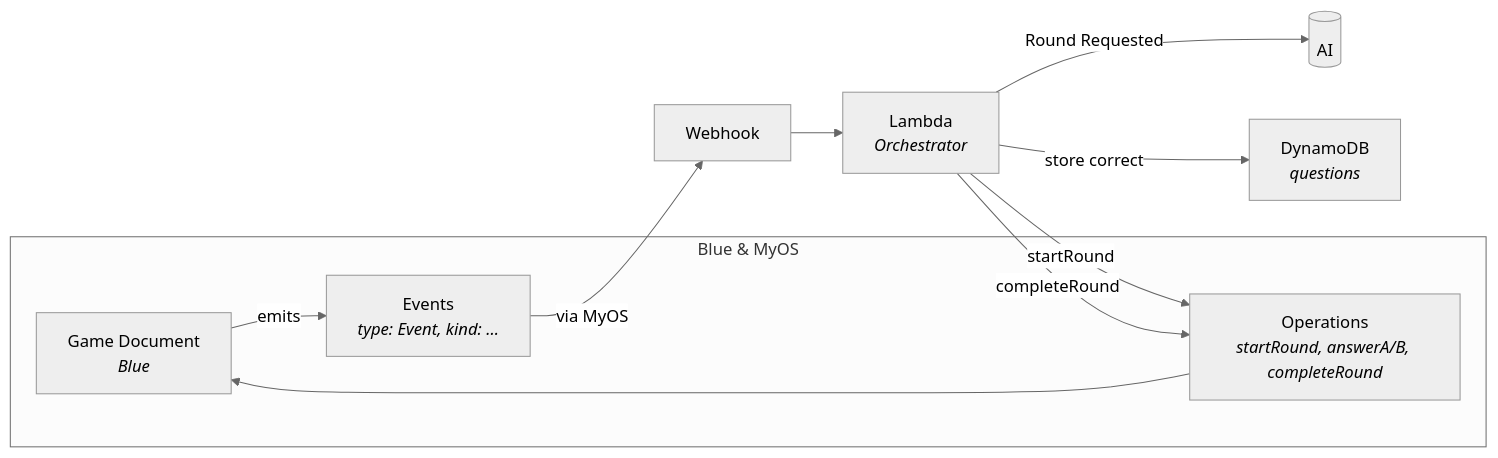
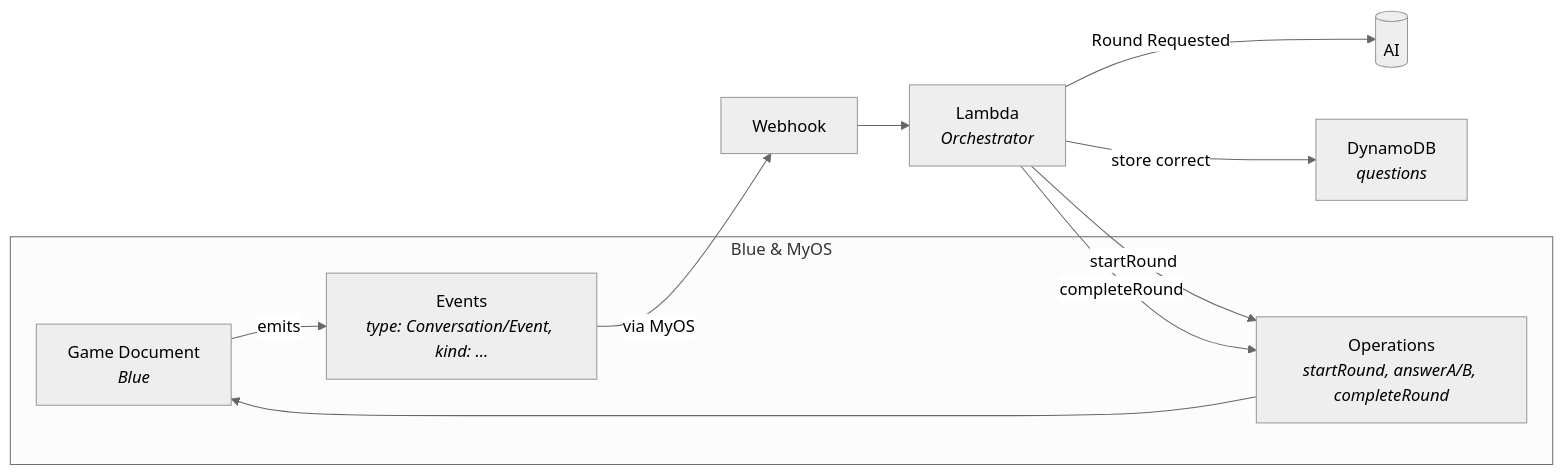
One commit to bluecontract/myos-demo-quiz changed the first of 4 diagrams in README.md. Above: the diagram before and after it, drawn with Mermaid (neutral theme). The commit also changed other lines of this file and 20 other files, not shown here.

````diff
--- a/README.md
+++ b/README.md
@@ -46,17 +46,17 @@
 ```mermaid
 flowchart LR
   subgraph Blue & MyOS
     D[Game Document<br><i>Blue</i>]
     OP[Operations<br><i>startRound, answerA/B, completeRound</i>]
-    E[Events<br><i>type: Event, kind: ...</i>]
+    E[Events<br><i>type: Conversation/Event, kind: ...</i>]
   end
 
   D -- emits --> E
   E -- via MyOS --> WH[Webhook]
   WH --> L[Lambda<br><i>Orchestrator</i>]
   L -->|Round Requested| AI[(AI)]
   L -->|store correct| Q[DynamoDB<br><i>questions</i>]
   L -->|startRound| OP
   L -->|completeRound| OP
   OP --> D
 ```
````
